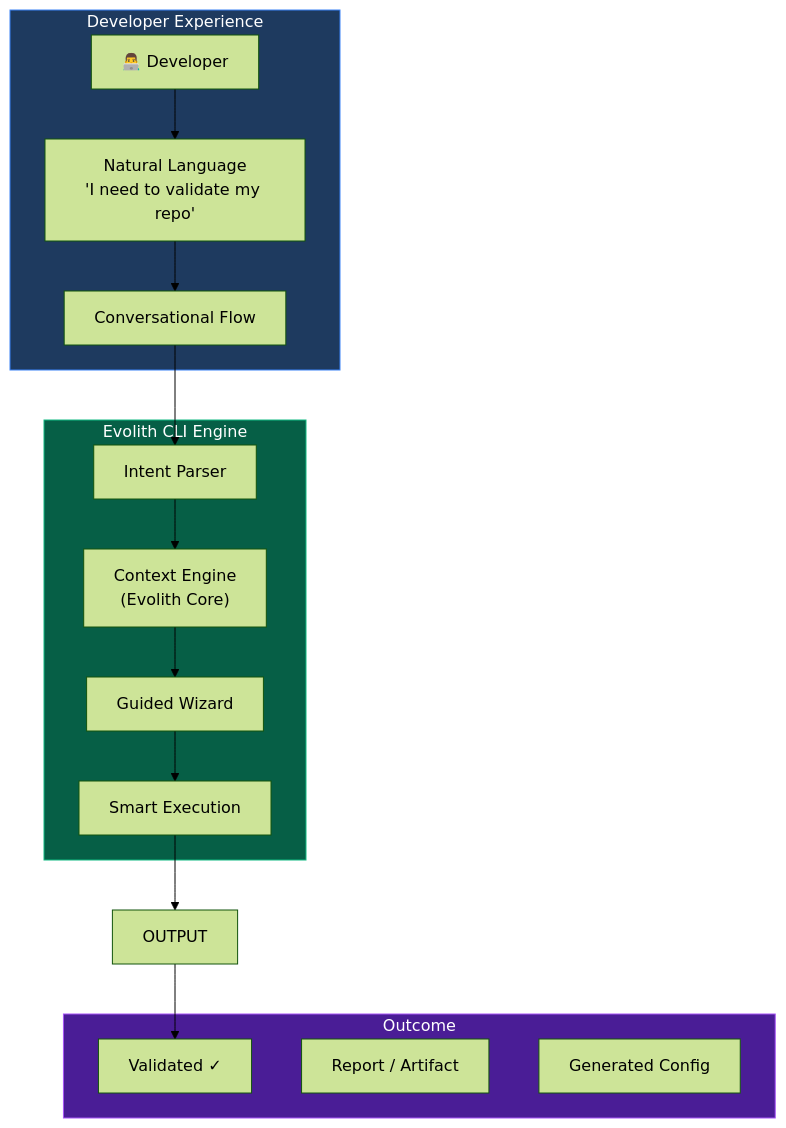
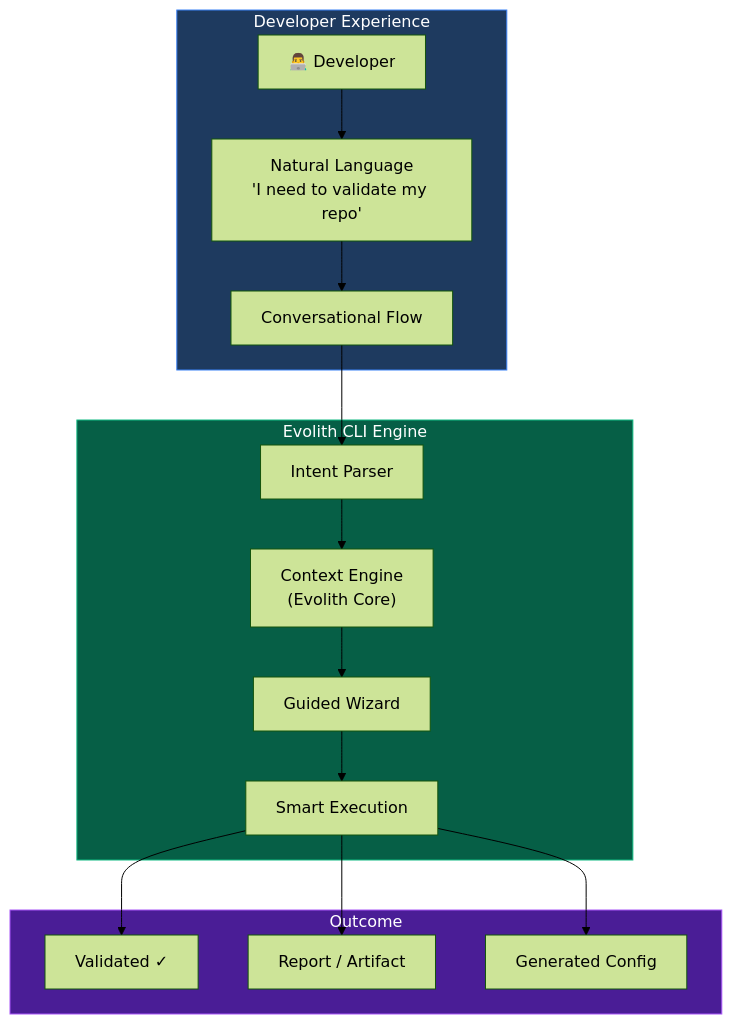
The first of 8 diagrams in product/products/smart-cli/docs/VISION.md (beyondnetcode/evolith_arch32), drawn with Mermaid (forest theme) before and after one commit. The commit also changed 8 other files, not shown here.

````diff
--- a/product/products/smart-cli/docs/VISION.md
+++ b/product/products/smart-cli/docs/VISION.md
@@ -22,34 +22,35 @@
 ```mermaid
 graph TB
     subgraph User["Developer Experience"]
         DEV["👨‍💻 Developer"]
         NAT["Natural Language\n'I need to validate my repo'"]
         CONV["Conversational Flow"]
     end
 
     subgraph CLI["Evolith CLI Engine"]
         PARSE["Intent Parser"]
         CONTEXT["Context Engine\n(Evolith Core)"]
         GUIDANCE["Guided Wizard"]
         EXEC["Smart Execution"]
     end
 
     subgraph Output["Outcome"]
         VALID["Validated ✓"]
         REPORT["Report / Artifact"]
         CONFIG["Generated Config"]
     end
 
     DEV --> NAT
     NAT --> CONV
     CONV --> PARSE
     PARSE --> CONTEXT
     CONTEXT --> GUIDANCE
     GUIDANCE --> EXEC
-    EXEC --> OUTPUT
-    OUTPUT --> VALID
+    EXEC --> VALID
+    EXEC --> REPORT
+    EXEC --> CONFIG
 
     style User fill:#1e3a5f,stroke:#3b82f6,color:#fff
     style CLI fill:#065f46,stroke:#10b981,color:#fff
     style Output fill:#4a1d96,stroke:#a855f7,color:#fff
 ```
````
